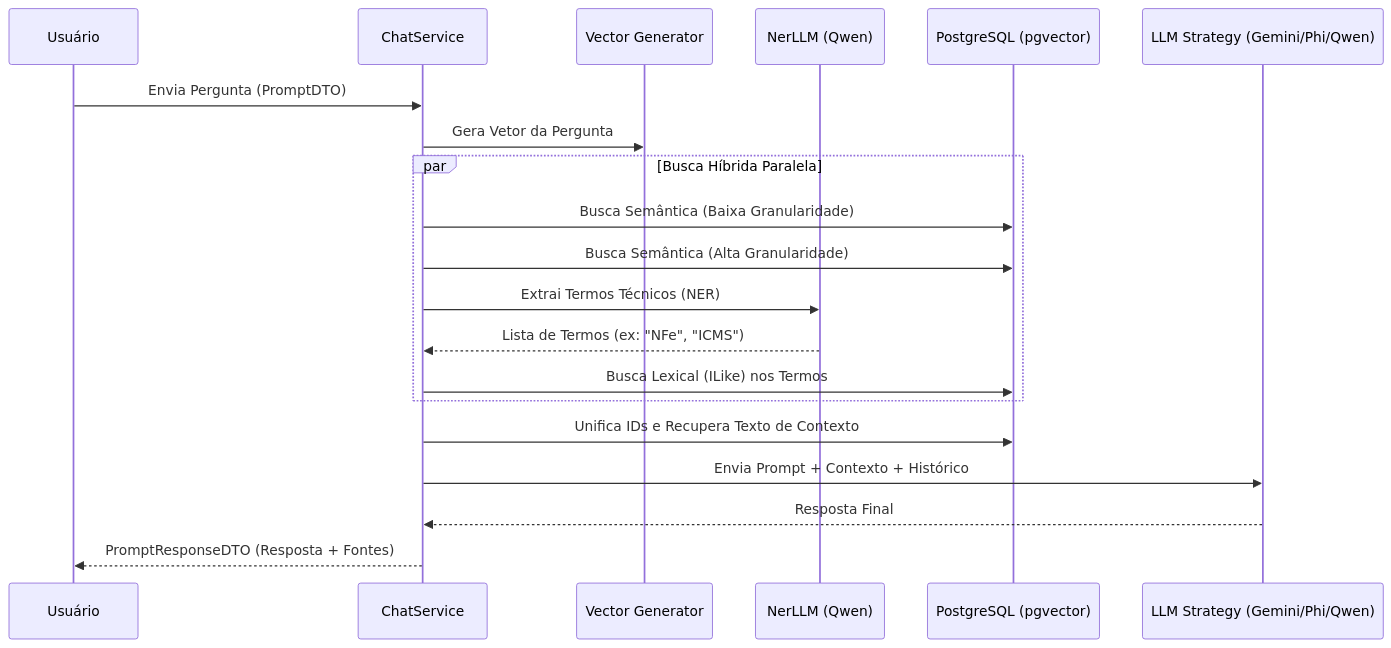
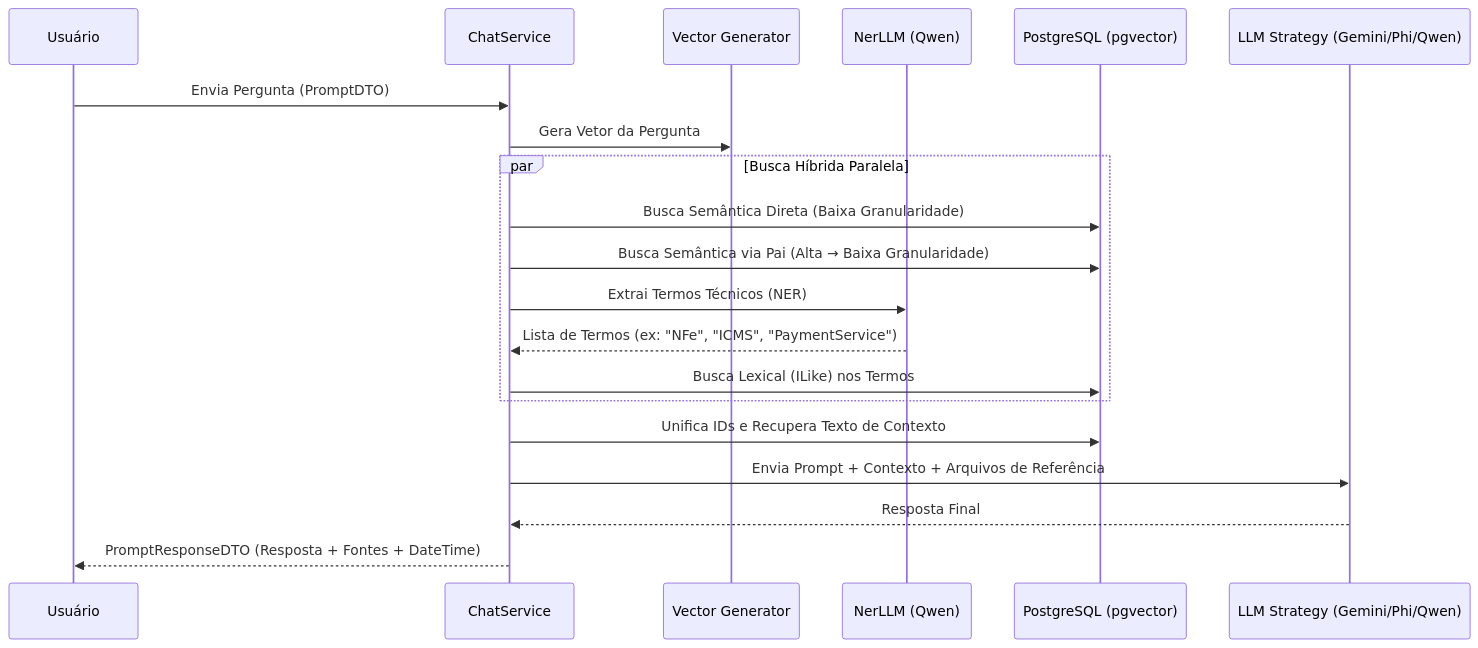
Before and after one commit to cardosodearaujo/New.AI.Chat: the second of 2 diagrams in README.md, drawn with Mermaid. The commit also changed other lines of this file and 16 other files, not shown here.

````diff
--- a/README.md
+++ b/README.md
@@ -50,25 +73,25 @@
 ```mermaid
 sequenceDiagram
     participant U as Usuário
     participant S as ChatService
     participant V as Vector Generator
     participant N as NerLLM (Qwen)
     participant DB as PostgreSQL (pgvector)
     participant L as LLM Strategy (Gemini/Phi/Qwen)
 
     U->>S: Envia Pergunta (PromptDTO)
     S->>V: Gera Vetor da Pergunta
-    
+
     par Busca Híbrida Paralela
-        S->>DB: Busca Semântica (Baixa Granularidade)
-        S->>DB: Busca Semântica (Alta Granularidade)
+        S->>DB: Busca Semântica Direta (Baixa Granularidade)
+        S->>DB: Busca Semântica via Pai (Alta → Baixa Granularidade)
         S->>N: Extrai Termos Técnicos (NER)
-        N-->>S: Lista de Termos (ex: "NFe", "ICMS")
+        N-->>S: Lista de Termos (ex: "NFe", "ICMS", "PaymentService")
         S->>DB: Busca Lexical (ILike) nos Termos
     end
 
     S->>DB: Unifica IDs e Recupera Texto de Contexto
-    S->>L: Envia Prompt + Contexto + Histórico
+    S->>L: Envia Prompt + Contexto + Arquivos de Referência
     L-->>S: Resposta Final
-    S-->>U: PromptResponseDTO (Resposta + Fontes)
+    S-->>U: PromptResponseDTO (Resposta + Fontes + DateTime)
 ```
````
